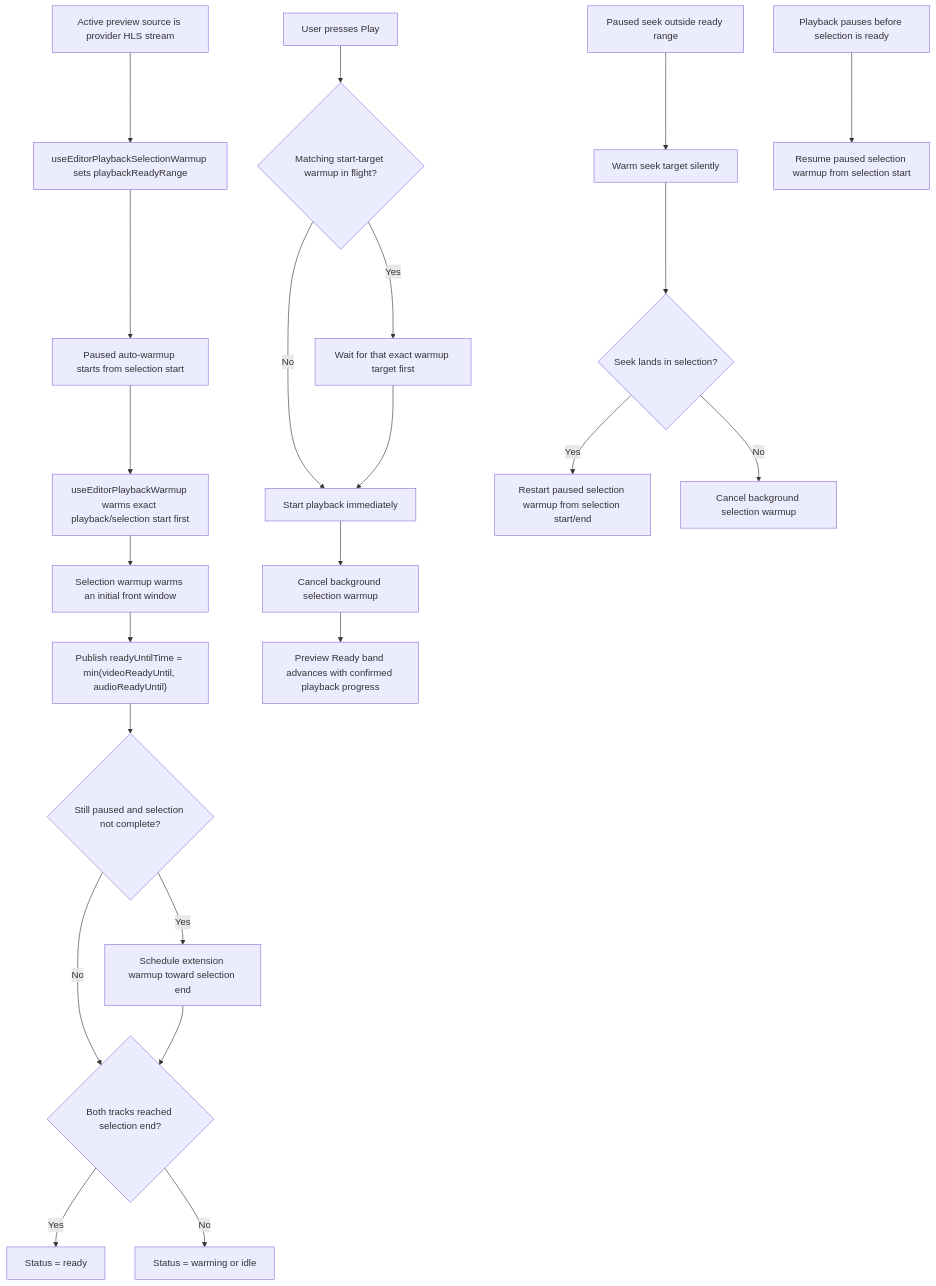
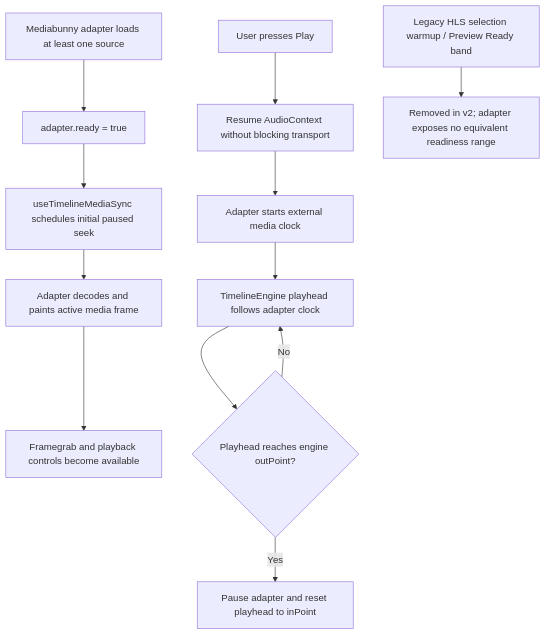
One commit to TechSquidTV/Cliparr changed the sixth of 13 diagrams in .github/docs/diagrams.md. Above: the diagram before and after it, drawn with Mermaid. The commit also changed other lines of this file and 43 other files, not shown here.

Commit message:
feat(frontend)!: replace editor timeline engine

````diff
--- a/.github/docs/diagrams.md
+++ b/.github/docs/diagrams.md
@@ -168,28 +154,14 @@
 ```mermaid
 flowchart TD
-    A["Active preview source is provider HLS stream"] --> B["useEditorPlaybackSelectionWarmup sets playbackReadyRange"]
-    B --> C["Paused auto-warmup starts from selection start"]
-    C --> D["useEditorPlaybackWarmup warms exact playback/selection start first"]
-    D --> E["Selection warmup warms an initial front window"]
-    E --> F["Publish readyUntilTime = min(videoReadyUntil, audioReadyUntil)"]
-    F --> G{"Still paused and selection not complete?"}
-    G -- "Yes" --> H["Schedule extension warmup toward selection end"]
-    G -- "No" --> I{"Both tracks reached selection end?"}
-    H --> I
-    I -- "Yes" --> J["Status = ready"]
-    I -- "No" --> K["Status = warming or idle"]
-
-    L["User presses Play"] --> M{"Matching start-target warmup in flight?"}
-    M -- "Yes" --> N["Wait for that exact warmup target first"]
-    M -- "No" --> O["Start playback immediately"]
-    N --> O
-    O --> P["Cancel background selection warmup"]
-    P --> Q["Preview Ready band advances with confirmed playback progress"]
-
-    R["Paused seek outside ready range"] --> S["Warm seek target silently"]
-    S --> T{"Seek lands in selection?"}
-    T -- "Yes" --> U["Restart paused selection warmup from selection start/end"]
-    T -- "No" --> V["Cancel background selection warmup"]
-
-    W["Playback pauses before selection is ready"] --> X["Resume paused selection warmup from selection start"]
+    A["Mediabunny adapter loads at least one source"] --> B["adapter.ready = true"]
+    B --> C["useTimelineMediaSync schedules initial paused seek"]
+    C --> D["Adapter decodes and paints active media frame"]
+    D --> E["Framegrab and playback controls become available"]
+    F["User presses Play"] --> G["Resume AudioContext without blocking transport"]
+    G --> H["Adapter starts external media clock"]
+    H --> I["TimelineEngine playhead follows adapter clock"]
+    I --> J{"Playhead reaches engine outPoint?"}
+    J -- "Yes" --> K["Pause adapter and reset playhead to inPoint"]
+    J -- "No" --> I
+    L["Legacy HLS selection warmup / Preview Ready band"] --> M["Removed in v2; adapter exposes no equivalent readiness range"]
 ```
````
